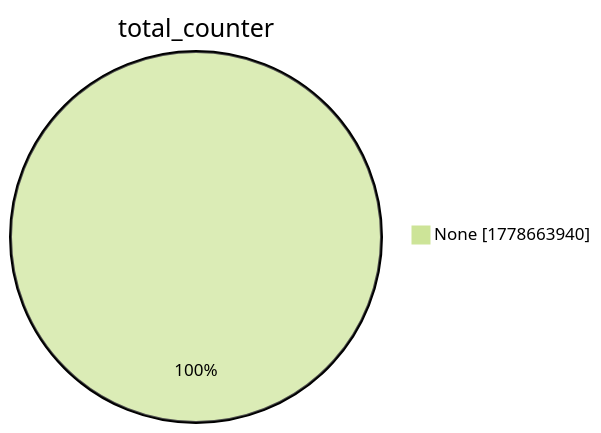
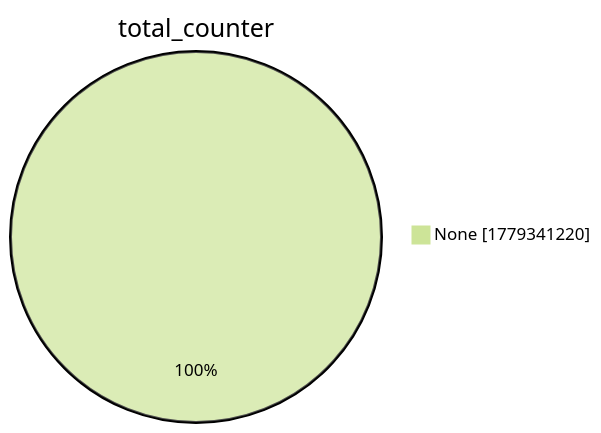
Before and after one commit to christiankrug/ctmonitor_visualization: the second of 15 diagrams in xenon2022/README.md, drawn with Mermaid (forest theme). The commit also changed other lines of this file, not shown here.

````diff
--- a/xenon2022/README.md
+++ b/xenon2022/README.md
@@ -9,5 +9,5 @@
 ```mermaid
 pie showData
 title total_counter
-"None" :1778663940
+"None" :1779341220
 ```
````
